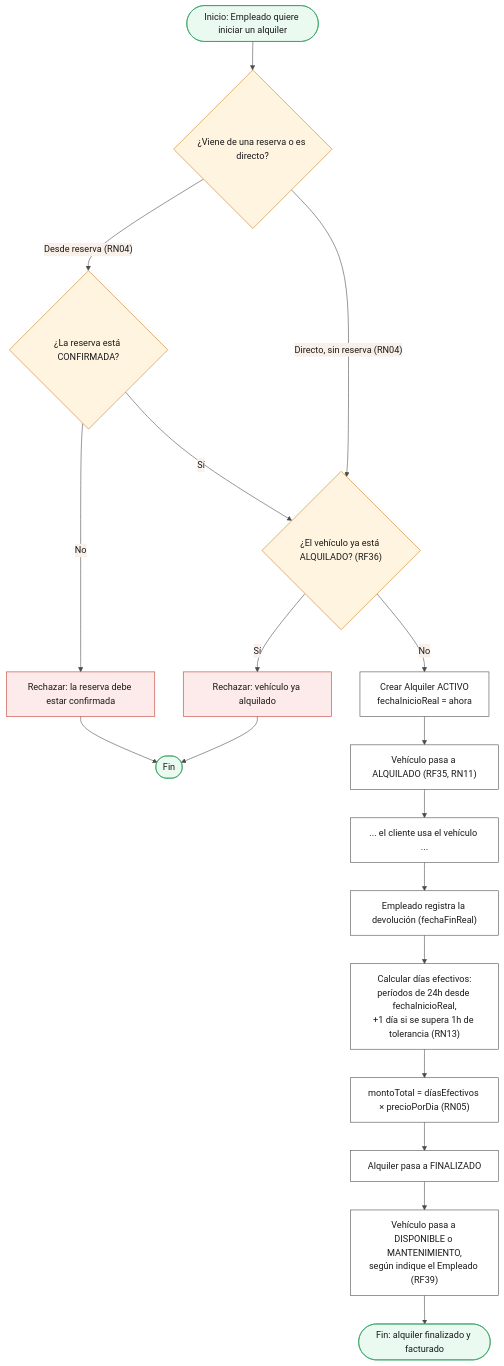
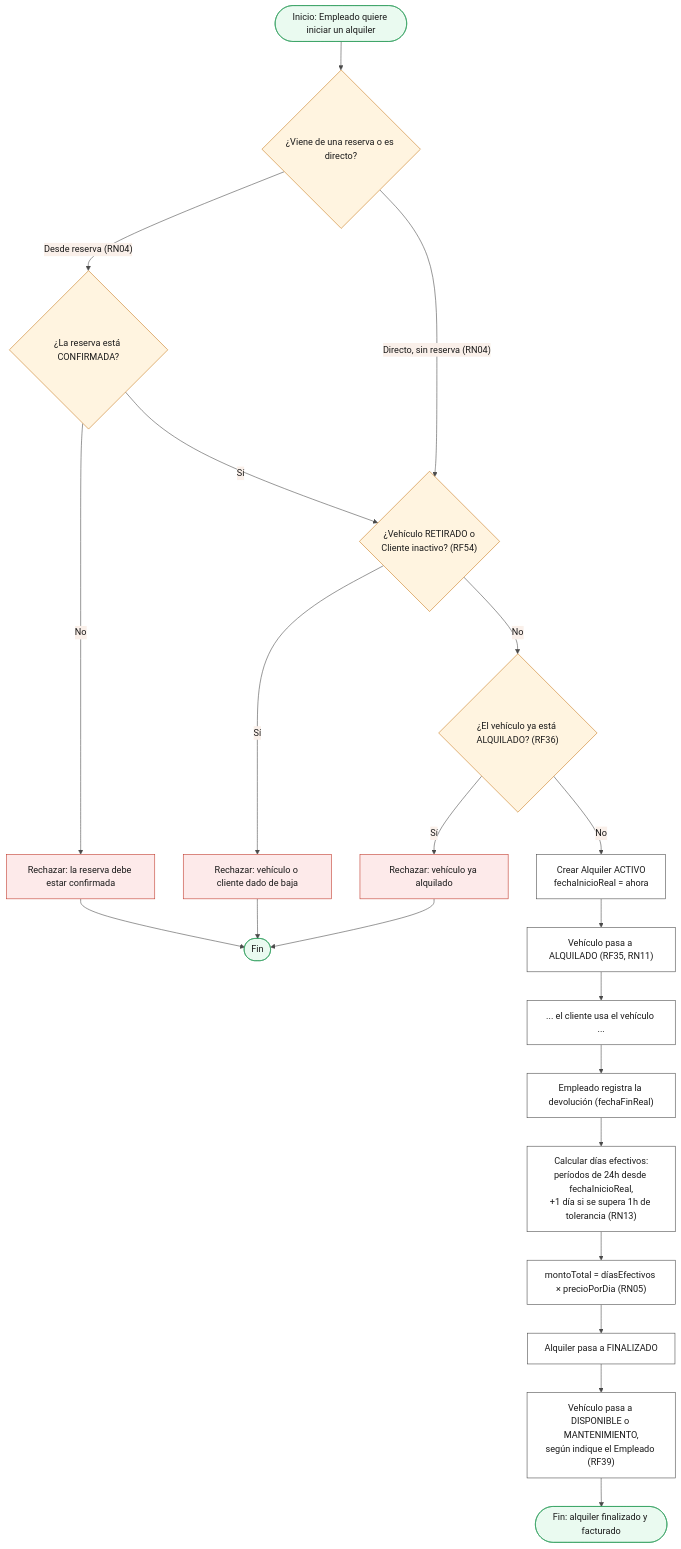
Before and after one commit to chaarlyez/Sistema_de_alquiler_de_veh-culos: the diagram in docs/03-uml/fuentes/parte3-actividades-flujo-alquiler.mmd, drawn with Mermaid. The commit also changed 9 other files, not shown here.

First line of the commit message:
docs(uml): agregar anulacion de alquiler e integrar borrado logico (parte 3)

```diff
--- a/docs/03-uml/fuentes/parte3-actividades-flujo-alquiler.mmd
+++ b/docs/03-uml/fuentes/parte3-actividades-flujo-alquiler.mmd
@@ -1,38 +1,41 @@
 %%{init: {'theme': 'base', 'themeVariables': {
   'background': '#ffffff',
   'primaryColor': '#eafaf0',
   'primaryBorderColor': '#2f9e5c',
   'primaryTextColor': '#1a1a1a',
   'lineColor': '#4a4a4a',
   'textColor': '#1a1a1a'
 }}}%%
 flowchart TD
     Start(["Inicio: Empleado quiere iniciar un alquiler"]) --> Origen{"¿Viene de una reserva o es directo?"}
     Origen -- "Desde reserva (RN04)" --> ValReserva{"¿La reserva está CONFIRMADA?"}
     ValReserva -- No --> R1["Rechazar: la reserva debe estar confirmada"]
     R1 --> Fin1(["Fin"])
     ValReserva -- Sí --> ValVehiculo
     Origen -- "Directo, sin reserva (RN04)" --> ValVehiculo
 
-    ValVehiculo{"¿El vehículo ya está ALQUILADO? (RF36)"}
-    ValVehiculo -- Sí --> R2["Rechazar: vehículo ya alquilado"]
+    ValVehiculo{"¿Vehículo RETIRADO o<br/>Cliente inactivo? (RF54)"}
+    ValVehiculo -- Sí --> R3["Rechazar: vehículo o cliente dado de baja"]
+    R3 --> Fin1
+    ValVehiculo -- No --> ValAlquilado{"¿El vehículo ya está ALQUILADO? (RF36)"}
+    ValAlquilado -- Sí --> R2["Rechazar: vehículo ya alquilado"]
     R2 --> Fin1
 
-    ValVehiculo -- No --> Crear["Crear Alquiler ACTIVO<br/>fechaInicioReal = ahora"]
+    ValAlquilado -- No --> Crear["Crear Alquiler ACTIVO<br/>fechaInicioReal = ahora"]
     Crear --> Ocupar["Vehículo pasa a ALQUILADO (RF35, RN11)"]
     Ocupar --> Uso["... el cliente usa el vehículo ..."]
     Uso --> Devolucion["Empleado registra la devolución (fechaFinReal)"]
     Devolucion --> Calcular["Calcular días efectivos:<br/>períodos de 24h desde fechaInicioReal,<br/>+1 día si se supera 1h de tolerancia (RN13)"]
     Calcular --> Monto["montoTotal = díasEfectivos × precioPorDia (RN05)"]
     Monto --> Finalizar["Alquiler pasa a FINALIZADO"]
     Finalizar --> EstadoFinal["Vehículo pasa a DISPONIBLE o MANTENIMIENTO,<br/>según indique el Empleado (RF39)"]
     EstadoFinal --> Fin2(["Fin: alquiler finalizado y facturado"])
 
     classDef startEnd fill:#eafaf0,stroke:#2f9e5c,color:#1a1a1a
     classDef decision fill:#fff4e0,stroke:#c97a1e,color:#1a1a1a
     classDef action fill:#ffffff,stroke:#4a4a4a,color:#1a1a1a
     classDef reject fill:#fdeaea,stroke:#c0392b,color:#1a1a1a
     class Start,Fin1,Fin2 startEnd
-    class Origen,ValReserva,ValVehiculo decision
+    class Origen,ValReserva,ValVehiculo,ValAlquilado decision
     class Crear,Ocupar,Uso,Devolucion,Calcular,Monto,Finalizar,EstadoFinal action
-    class R1,R2 reject
+    class R1,R2,R3 reject
```
